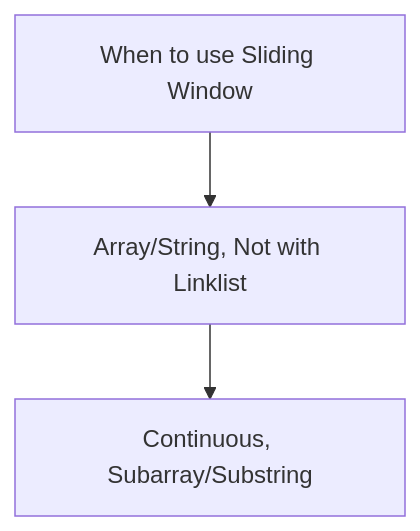
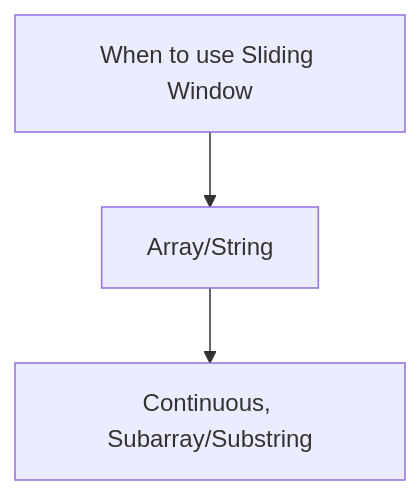
The first of 2 diagrams in 02/readme.md (Aumkar2007/dsa-logbook), drawn with Mermaid before and after one commit.

Commit message:
Update Sliding Window usage note in readme

````diff
--- a/02/readme.md
+++ b/02/readme.md
@@ -1,5 +1,5 @@
 ```mermaid
 graph TD;
-    A[When to use Sliding Window]-->B[Array/String, Not with Linklist];
+    A[When to use Sliding Window]-->B[Array/String];
     B-->C[Continuous, Subarray/Substring];
 ```
````
